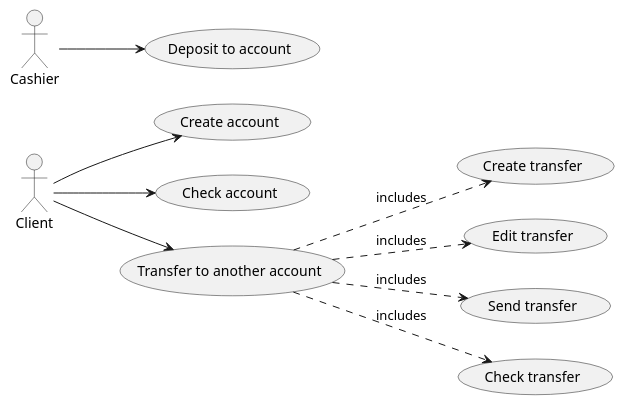
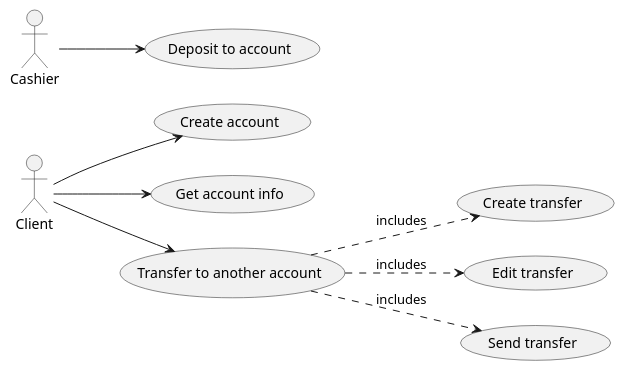
The diagram in design/usecases.puml (samfrown/jjtransfer), drawn with PlantUML before and after one commit. The commit also changed 4 other files, not shown here.

```diff
--- a/design/usecases.puml
+++ b/design/usecases.puml
@@ -1,11 +1,10 @@
 @startuml
 left to right direction
 Client --> (Create account)
 Cashier --> (Deposit to account)
-Client --> (Check account)
+Client --> (Get account info)
 Client --> (Transfer to another account)
 (Transfer to another account) ..> (Create transfer): includes
 (Transfer to another account) ..> (Edit transfer): includes
 (Transfer to another account) ..> (Send transfer): includes
-(Transfer to another account) ..> (Check transfer): includes
 @enduml
```
